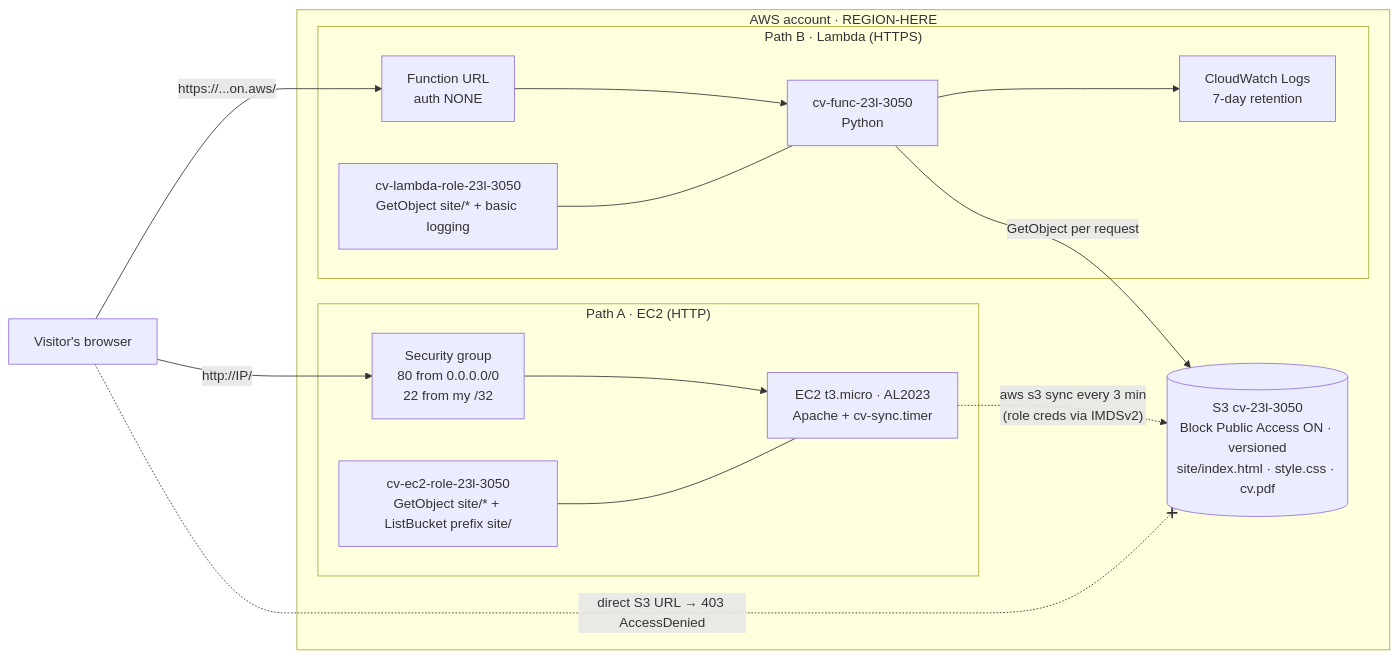
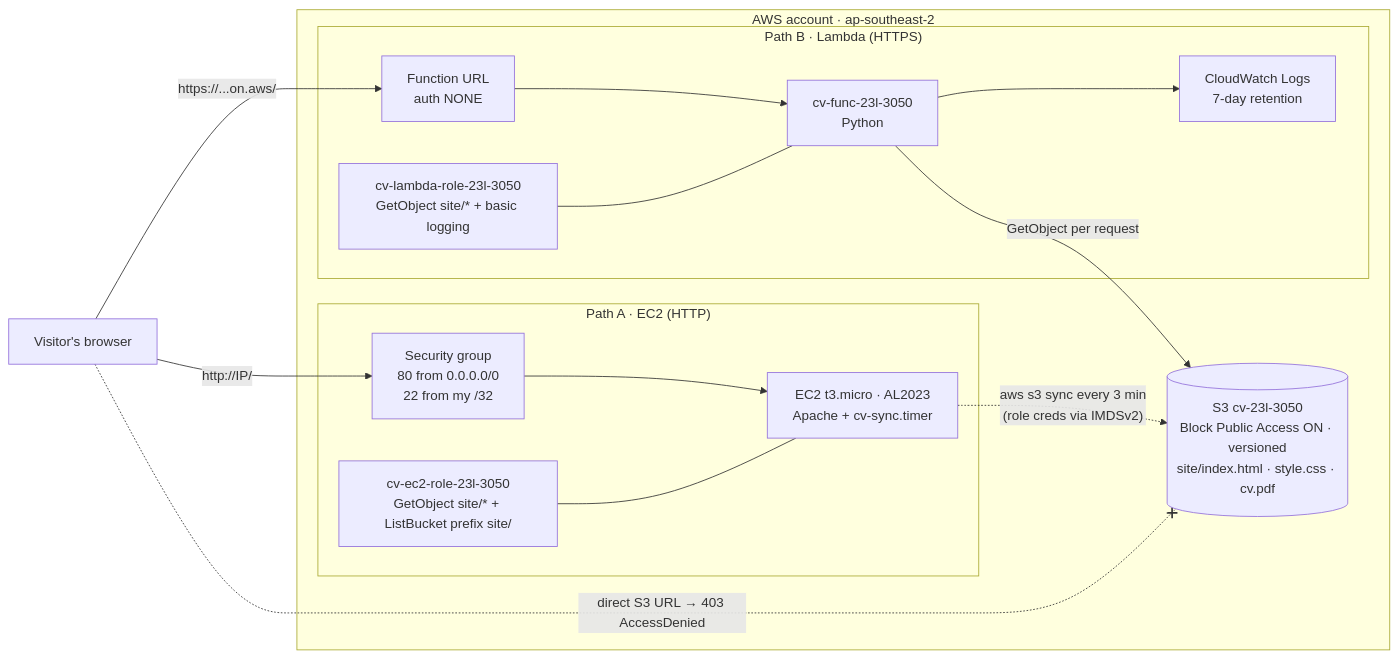
One commit to AbubakarMajid/aws-cv-lab changed the diagram in README.md. Above: the diagram before and after it, drawn with Mermaid. The commit also changed other lines of this file and 2 other files, not shown here.

````diff
--- a/README.md
+++ b/README.md
@@ -13,26 +13,26 @@
 ```mermaid
 flowchart LR
     V[Visitor's browser]
-    subgraph AWS["AWS account · REGION-HERE"]
+    subgraph AWS["AWS account · ap-southeast-2"]
         subgraph A["Path A · EC2 (HTTP)"]
             SG[Security group<br/>80 from 0.0.0.0/0<br/>22 from my /32]
             EC2[EC2 t3.micro · AL2023<br/>Apache + cv-sync.timer]
             R1[cv-ec2-role-23l-3050<br/>GetObject site/* + ListBucket prefix site/]
         end
         subgraph B["Path B · Lambda (HTTPS)"]
             URL[Function URL<br/>auth NONE]
             FN[cv-func-23l-3050<br/>Python]
             R2[cv-lambda-role-23l-3050<br/>GetObject site/* + basic logging]
             CW[CloudWatch Logs<br/>7-day retention]
         end
         S3[(S3 cv-23l-3050<br/>Block Public Access ON · versioned<br/>site/index.html · style.css · cv.pdf)]
     end
     V -- "http://IP/" --> SG --> EC2
     EC2 -. "aws s3 sync every 3 min<br/>(role creds via IMDSv2)" .-> S3
     R1 --- EC2
     V -- "https://...on.aws/" --> URL --> FN
     FN -- "GetObject per request" --> S3
     R2 --- FN
     FN --> CW
     V -. "direct S3 URL → 403 AccessDenied" .-x S3
 ```
````
